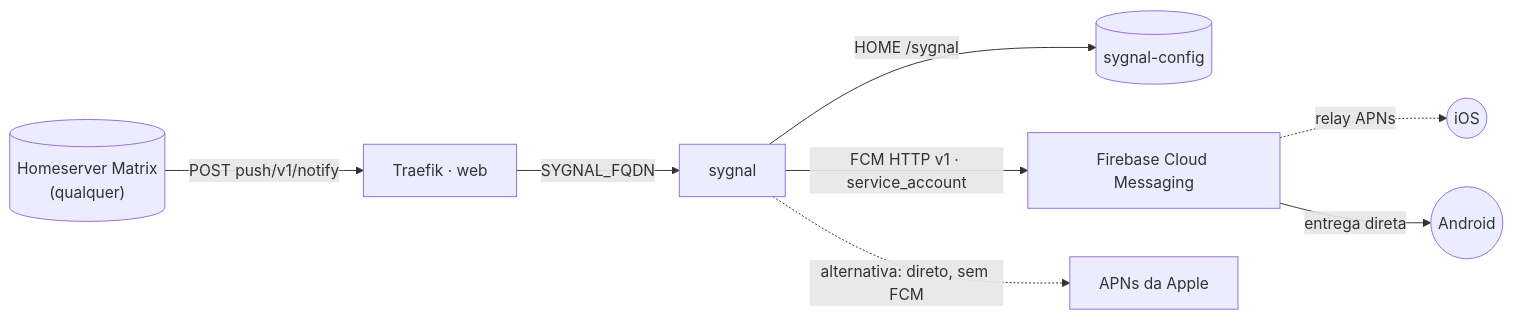
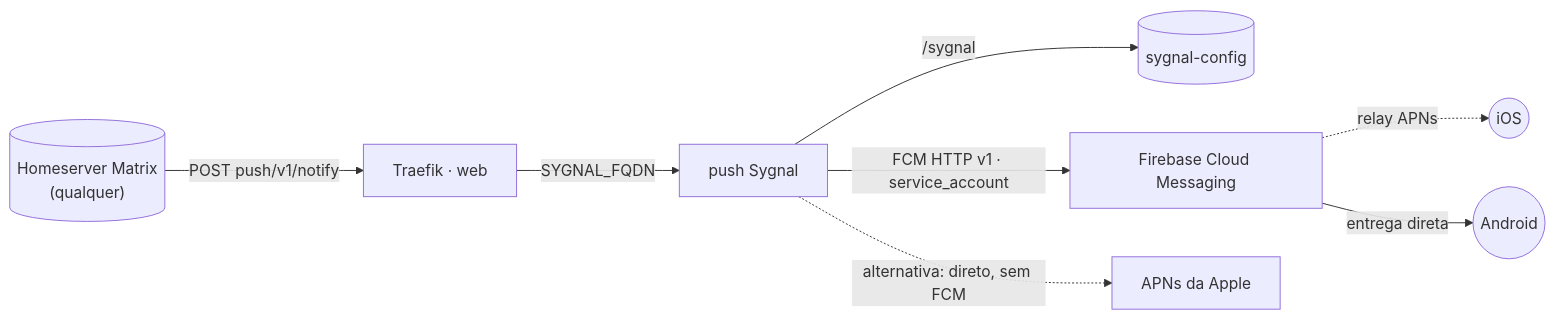
One commit to marcelofmatos/portainer-stacks changed the diagram in sygnal/README.md. Above: the diagram before and after it, drawn with Mermaid. The commit also changed other lines of this file and 2 other files, not shown here.

Commit message:
sygnal: renomeia o serviço pra "push" (nao repetir o nome da stack)
A chave do servico no compose era "sygnal", igual ao nome padrao da stack -
diferente do padrao do repo (ex.: backrest/phpnetmap usam "app", grafana usa
"dashboard": o nome do servico nao repete o da stack, so os labels/routers do
Traefik continuam com a identidade "sygnal"). Renomeado para "push" nos dois
composes; README e diagrama atualizados (comandos docker service/compose e o
no do fluxo passam a usar "push").

Claude-Session: https://claude.ai/code/session_01JSkk2JcmPaCyuCRkKYRYMr

````diff
--- a/sygnal/README.md
+++ b/sygnal/README.md
@@ -22,10 +22,10 @@
 ```mermaid
 flowchart LR
     hs[("Homeserver Matrix<br/>(qualquer)")] -->|POST push/v1/notify| traefik[Traefik · web]
-    traefik -->|SYGNAL_FQDN| sygnal[sygnal]
-    sygnal -->|HOME /sygnal| vol[(sygnal-config)]
-    sygnal -->|FCM HTTP v1 · service_account| fcm[Firebase Cloud Messaging]
+    traefik -->|SYGNAL_FQDN| push[push Sygnal]
+    push -->|/sygnal| vol[(sygnal-config)]
+    push -->|FCM HTTP v1 · service_account| fcm[Firebase Cloud Messaging]
     fcm -.->|relay APNs| ios((iOS))
     fcm -->|entrega direta| android((Android))
-    sygnal -.->|alternativa: direto, sem FCM| apns[APNs da Apple]
+    push -.->|alternativa: direto, sem FCM| apns[APNs da Apple]
 ```
````
